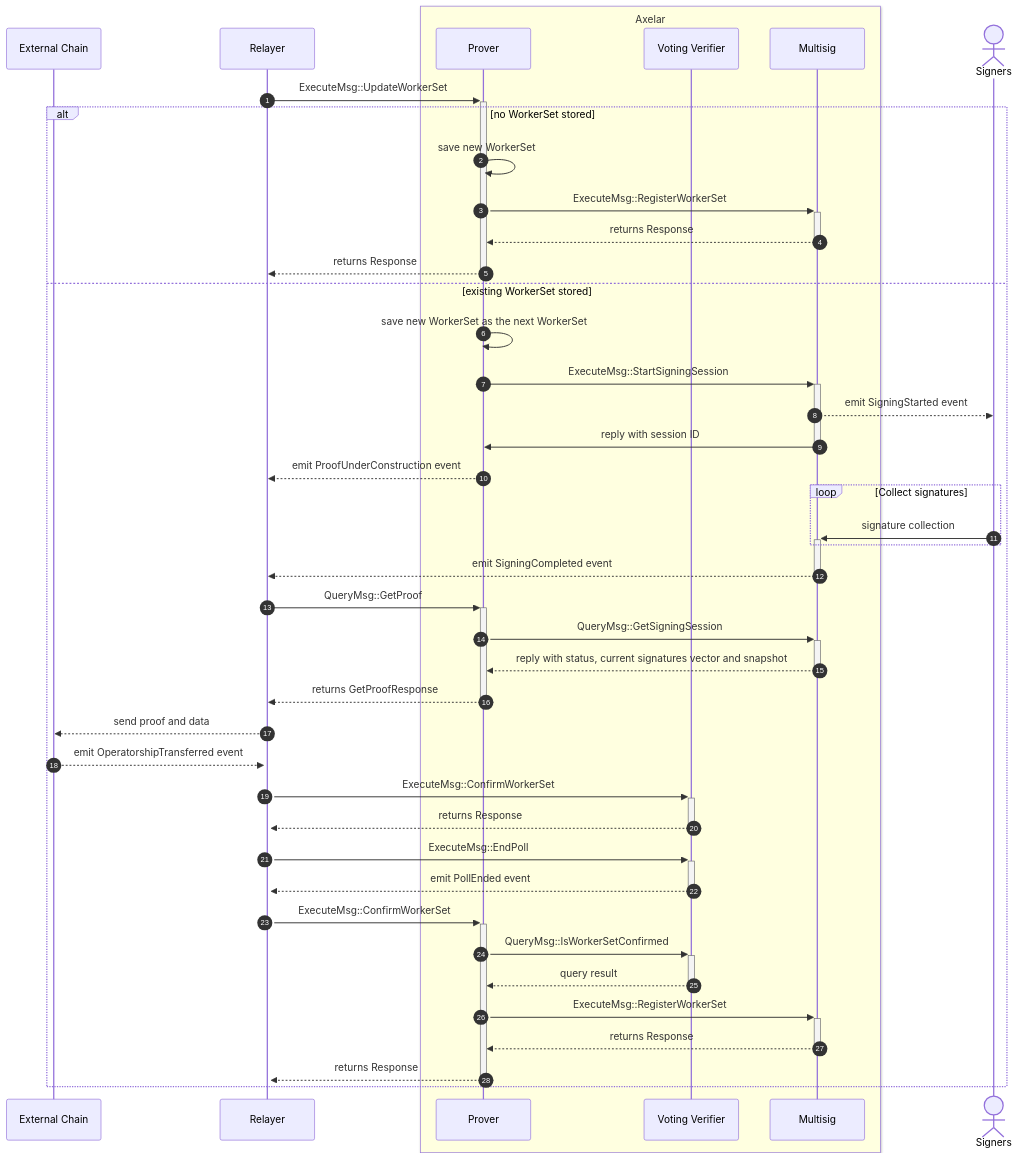
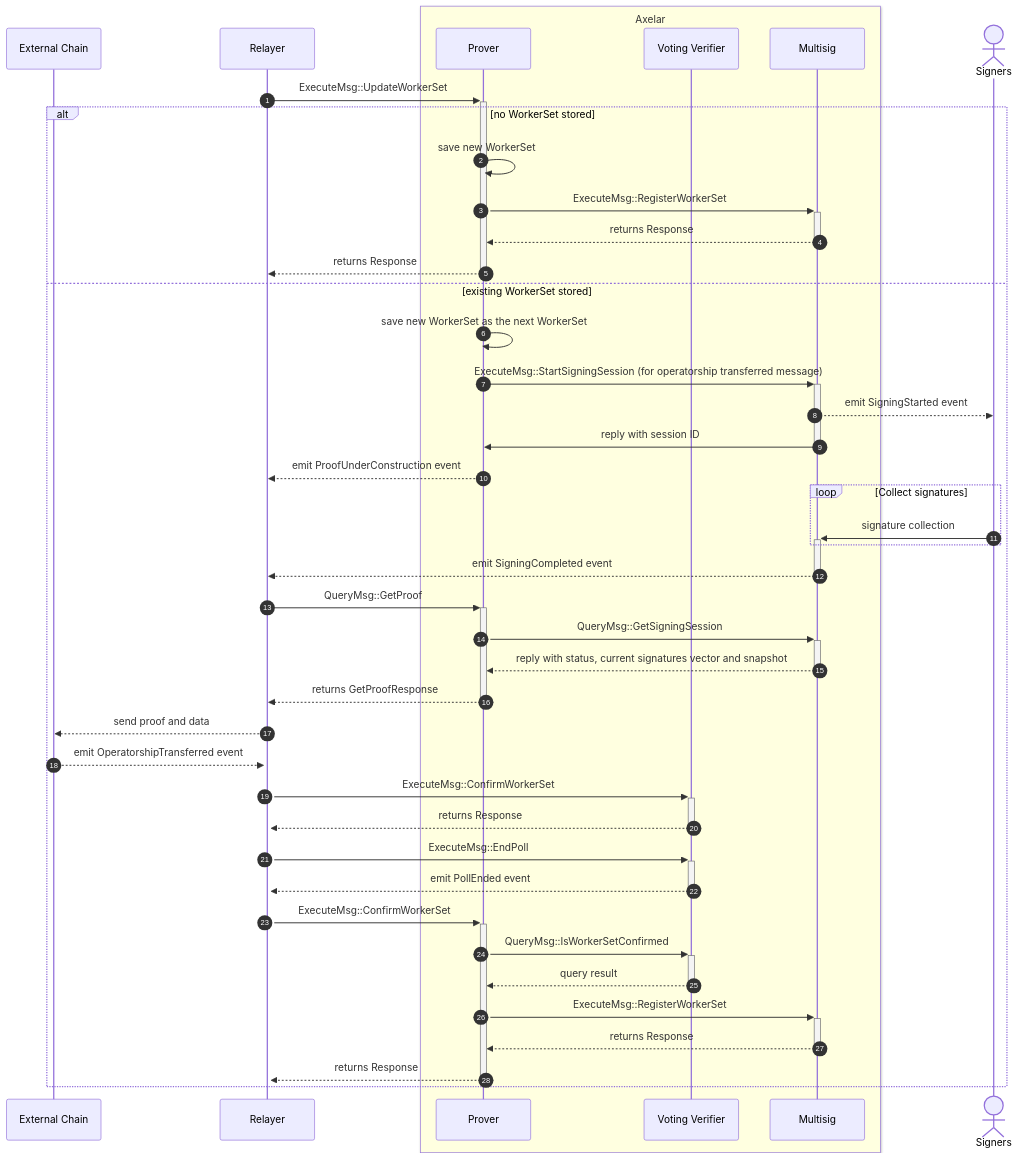
The fourth of 4 diagrams in doc/src/contracts/multisig_prover.md (axelarnetwork/axelar-amplifier), drawn with Mermaid before and after one commit.

Commit message:
Add comment

````diff
--- a/doc/src/contracts/multisig_prover.md
+++ b/doc/src/contracts/multisig_prover.md
@@ -150,45 +150,45 @@
 ```mermaid
 sequenceDiagram
 autonumber
 participant External Chain
 participant Relayer
 box LightYellow Axelar
 participant Prover
 participant Voting Verifier
 participant Multisig
 end
 actor Signers
 Relayer->>+Prover: ExecuteMsg::UpdateWorkerSet
 alt no WorkerSet stored
   Prover->>Prover: save new WorkerSet
   Prover->>+Multisig: ExecuteMsg::RegisterWorkerSet
   Multisig-->>-Prover: returns Response
   Prover-->>-Relayer: returns Response
 else existing WorkerSet stored
   Prover->>Prover: save new WorkerSet as the next WorkerSet
-  Prover->>+Multisig: ExecuteMsg::StartSigningSession
+  Prover->>+Multisig: ExecuteMsg::StartSigningSession (for operatorship transferred message)
   Multisig-->>Signers: emit SigningStarted event
   Multisig->>-Prover: reply with session ID
   Prover-->>Relayer: emit ProofUnderConstruction event
   loop Collect signatures
 	  Signers->>+Multisig: signature collection
   end
   Multisig-->>-Relayer: emit SigningCompleted event
   Relayer->>+Prover: QueryMsg::GetProof
   Prover->>+Multisig: QueryMsg::GetSigningSession
   Multisig-->>-Prover: reply with status, current signatures vector and snapshot
   Prover-->>-Relayer: returns GetProofResponse
   Relayer-->>External Chain: send proof and data
   External Chain-->>+Relayer: emit OperatorshipTransferred event
   Relayer->>+Voting Verifier: ExecuteMsg::ConfirmWorkerSet
   Voting Verifier-->>-Relayer: returns Response
   Relayer->>+Voting Verifier: ExecuteMsg::EndPoll
   Voting Verifier-->>-Relayer: emit PollEnded event
   Relayer->>+Prover: ExecuteMsg::ConfirmWorkerSet
   Prover->>+Voting Verifier: QueryMsg::IsWorkerSetConfirmed
   Voting Verifier-->>-Prover: query result
   Prover->>+Multisig: ExecuteMsg::RegisterWorkerSet
   Multisig-->>-Prover: returns Response
   Prover-->>-Relayer: returns Response
 end
 ```
````
